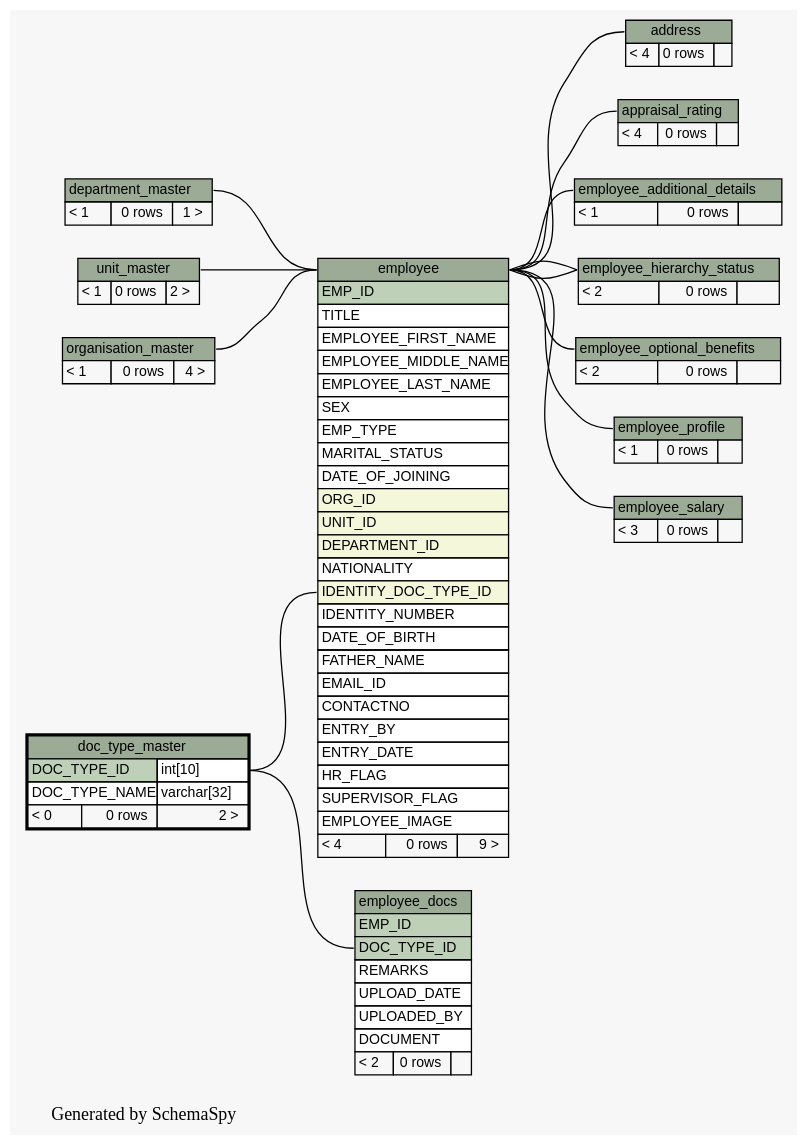
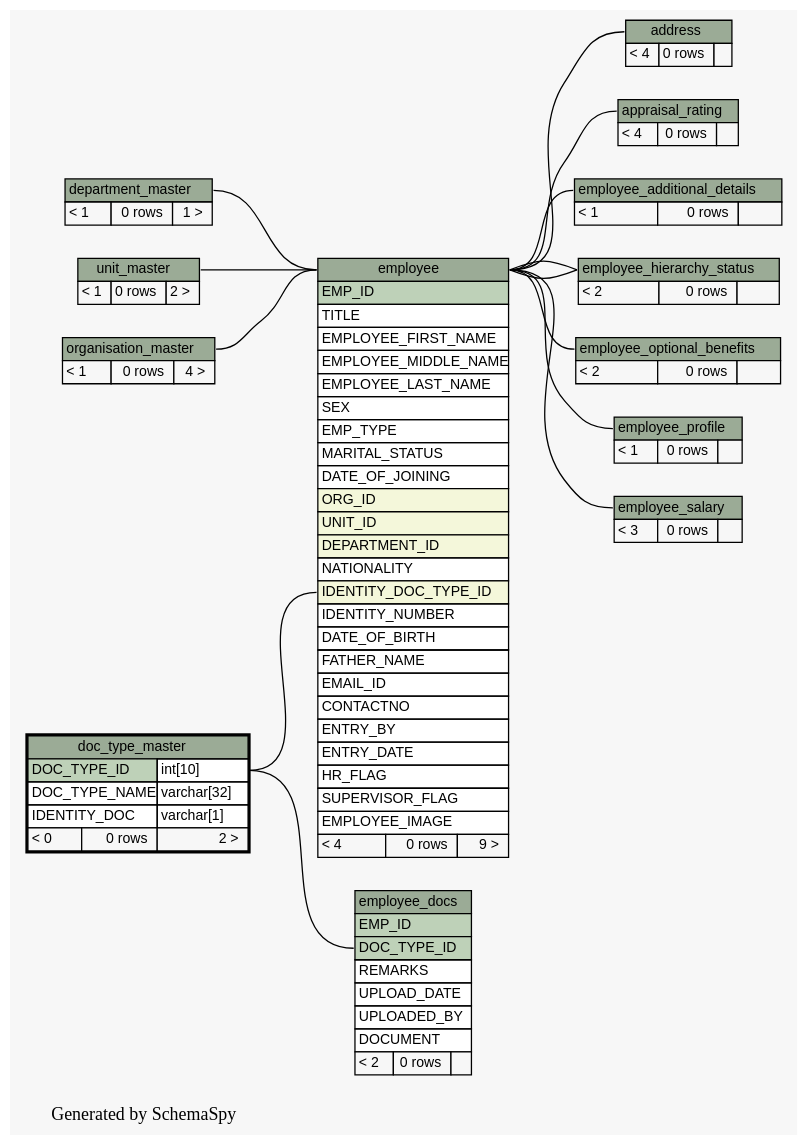
Before and after one commit to engineerscraft/hrms: the diagram in docs/database/schemaspy/graphs/doc_type_master.2degrees.dot, drawn with Graphviz. The commit also changed 81 other files, not shown here.

Commit message:
A new field IDENTITY_DOC is added in DOC_TYPE_MASTER to indicte which document types can be used as identification document

```diff
--- a/docs/database/schemaspy/graphs/doc_type_master.2degrees.dot
+++ b/docs/database/schemaspy/graphs/doc_type_master.2degrees.dot
@@ -1,179 +1,180 @@
 // dot 2.38.0 on Windows 7 6.1
 digraph "twoDegreesRelationshipsGraph" {
   graph [
     rankdir="RL"
     bgcolor="#f7f7f7"
     label="\nGenerated by SchemaSpy"
     labeljust="l"
   ];
   node [
     fontname="Helvetica"
     fontsize="11"
     shape="plaintext"
   ];
   edge [
     arrowsize="0.8"
   ];
   "address":"address.heading":w -> "employee":"employee.heading":e [arrowtail=tee arrowhead=none];
   "appraisal_rating":"appraisal_rating.heading":w -> "employee":"employee.heading":e [arrowtail=crowtee arrowhead=none];
   "employee":"employee.heading":w -> "department_master":"department_master.heading":e [arrowtail=crowodot arrowhead=none];
   "employee":"IDENTITY_DOC_TYPE_ID":w -> "doc_type_master":"DOC_TYPE_ID.type":e [arrowtail=crowodot arrowhead=none];
   "employee":"employee.heading":w -> "organisation_master":"organisation_master.heading":e [arrowtail=crowodot arrowhead=none];
   "employee":"employee.heading":w -> "unit_master":"unit_master.heading":e [arrowtail=crowodot arrowhead=none];
   "employee_additional_details":"employee_additional_details.heading":w -> "employee":"employee.heading":e [arrowtail=tee arrowhead=none];
   "employee_docs":"DOC_TYPE_ID":w -> "doc_type_master":"DOC_TYPE_ID.type":e [arrowtail=crowtee arrowhead=none];
   "employee_hierarchy_status":"employee_hierarchy_status.heading":w -> "employee":"employee.heading":e [arrowtail=tee arrowhead=none];
   "employee_hierarchy_status":"employee_hierarchy_status.heading":w -> "employee":"employee.heading":e [arrowtail=crowodot arrowhead=none];
   "employee_optional_benefits":"employee_optional_benefits.heading":w -> "employee":"employee.heading":e [arrowtail=crowodot arrowhead=none];
   "employee_profile":"employee_profile.heading":w -> "employee":"employee.heading":e [arrowtail=tee arrowhead=none];
   "employee_salary":"employee_salary.heading":w -> "employee":"employee.heading":e [arrowtail=crowtee arrowhead=none];
   "address" [
     label=<
     <TABLE BORDER="0" CELLBORDER="1" CELLSPACING="0" BGCOLOR="#ffffff">
       <TR><TD PORT="address.heading" COLSPAN="3" BGCOLOR="#9bab96" ALIGN="CENTER">address</TD></TR>
       <TR><TD ALIGN="LEFT" BGCOLOR="#f7f7f7">&lt; 4</TD><TD ALIGN="RIGHT" BGCOLOR="#f7f7f7">0 rows</TD><TD ALIGN="RIGHT" BGCOLOR="#f7f7f7">  </TD></TR>
     </TABLE>>
     URL="address.html#graph"
     tooltip="address"
   ];
   "appraisal_rating" [
     label=<
     <TABLE BORDER="0" CELLBORDER="1" CELLSPACING="0" BGCOLOR="#ffffff">
       <TR><TD PORT="appraisal_rating.heading" COLSPAN="3" BGCOLOR="#9bab96" ALIGN="CENTER">appraisal_rating</TD></TR>
       <TR><TD ALIGN="LEFT" BGCOLOR="#f7f7f7">&lt; 4</TD><TD ALIGN="RIGHT" BGCOLOR="#f7f7f7">0 rows</TD><TD ALIGN="RIGHT" BGCOLOR="#f7f7f7">  </TD></TR>
     </TABLE>>
     URL="appraisal_rating.html#graph"
     tooltip="appraisal_rating"
   ];
   "department_master" [
     label=<
     <TABLE BORDER="0" CELLBORDER="1" CELLSPACING="0" BGCOLOR="#ffffff">
       <TR><TD PORT="department_master.heading" COLSPAN="3" BGCOLOR="#9bab96" ALIGN="CENTER">department_master</TD></TR>
       <TR><TD ALIGN="LEFT" BGCOLOR="#f7f7f7">&lt; 1</TD><TD ALIGN="RIGHT" BGCOLOR="#f7f7f7">0 rows</TD><TD ALIGN="RIGHT" BGCOLOR="#f7f7f7">1 &gt;</TD></TR>
     </TABLE>>
     URL="department_master.html#graph"
     tooltip="department_master"
   ];
   "doc_type_master" [
     label=<
     <TABLE BORDER="2" CELLBORDER="1" CELLSPACING="0" BGCOLOR="#ffffff">
       <TR><TD PORT="doc_type_master.heading" COLSPAN="3" BGCOLOR="#9bab96" ALIGN="CENTER">doc_type_master</TD></TR>
       <TR><TD PORT="DOC_TYPE_ID" COLSPAN="2" BGCOLOR="#bed1b8" ALIGN="LEFT">DOC_TYPE_ID</TD><TD PORT="DOC_TYPE_ID.type" ALIGN="LEFT">int[10]</TD></TR>
       <TR><TD PORT="DOC_TYPE_NAME" COLSPAN="2" ALIGN="LEFT">DOC_TYPE_NAME</TD><TD PORT="DOC_TYPE_NAME.type" ALIGN="LEFT">varchar[32]</TD></TR>
+      <TR><TD PORT="IDENTITY_DOC" COLSPAN="2" ALIGN="LEFT">IDENTITY_DOC</TD><TD PORT="IDENTITY_DOC.type" ALIGN="LEFT">varchar[1]</TD></TR>
       <TR><TD ALIGN="LEFT" BGCOLOR="#f7f7f7">&lt; 0</TD><TD ALIGN="RIGHT" BGCOLOR="#f7f7f7">0 rows</TD><TD ALIGN="RIGHT" BGCOLOR="#f7f7f7">2 &gt;</TD></TR>
     </TABLE>>
     URL="doc_type_master.html#"
     tooltip="doc_type_master"
   ];
   "employee" [
     label=<
     <TABLE BORDER="0" CELLBORDER="1" CELLSPACING="0" BGCOLOR="#ffffff">
       <TR><TD PORT="employee.heading" COLSPAN="3" BGCOLOR="#9bab96" ALIGN="CENTER">employee</TD></TR>
       <TR><TD PORT="EMP_ID" COLSPAN="3" BGCOLOR="#bed1b8" ALIGN="LEFT">EMP_ID</TD></TR>
       <TR><TD PORT="TITLE" COLSPAN="3" ALIGN="LEFT">TITLE</TD></TR>
       <TR><TD PORT="EMPLOYEE_FIRST_NAME" COLSPAN="3" ALIGN="LEFT">EMPLOYEE_FIRST_NAME</TD></TR>
       <TR><TD PORT="EMPLOYEE_MIDDLE_NAME" COLSPAN="3" ALIGN="LEFT">EMPLOYEE_MIDDLE_NAME</TD></TR>
       <TR><TD PORT="EMPLOYEE_LAST_NAME" COLSPAN="3" ALIGN="LEFT">EMPLOYEE_LAST_NAME</TD></TR>
       <TR><TD PORT="SEX" COLSPAN="3" ALIGN="LEFT">SEX</TD></TR>
       <TR><TD PORT="EMP_TYPE" COLSPAN="3" ALIGN="LEFT">EMP_TYPE</TD></TR>
       <TR><TD PORT="MARITAL_STATUS" COLSPAN="3" ALIGN="LEFT">MARITAL_STATUS</TD></TR>
       <TR><TD PORT="DATE_OF_JOINING" COLSPAN="3" ALIGN="LEFT">DATE_OF_JOINING</TD></TR>
       <TR><TD PORT="ORG_ID" COLSPAN="3" BGCOLOR="#f4f7da" ALIGN="LEFT">ORG_ID</TD></TR>
       <TR><TD PORT="UNIT_ID" COLSPAN="3" BGCOLOR="#f4f7da" ALIGN="LEFT">UNIT_ID</TD></TR>
       <TR><TD PORT="DEPARTMENT_ID" COLSPAN="3" BGCOLOR="#f4f7da" ALIGN="LEFT">DEPARTMENT_ID</TD></TR>
       <TR><TD PORT="NATIONALITY" COLSPAN="3" ALIGN="LEFT">NATIONALITY</TD></TR>
       <TR><TD PORT="IDENTITY_DOC_TYPE_ID" COLSPAN="3" BGCOLOR="#f4f7da" ALIGN="LEFT">IDENTITY_DOC_TYPE_ID</TD></TR>
       <TR><TD PORT="IDENTITY_NUMBER" COLSPAN="3" ALIGN="LEFT">IDENTITY_NUMBER</TD></TR>
       <TR><TD PORT="DATE_OF_BIRTH" COLSPAN="3" ALIGN="LEFT">DATE_OF_BIRTH</TD></TR>
       <TR><TD PORT="FATHER_NAME" COLSPAN="3" ALIGN="LEFT">FATHER_NAME</TD></TR>
       <TR><TD PORT="EMAIL_ID" COLSPAN="3" ALIGN="LEFT">EMAIL_ID</TD></TR>
       <TR><TD PORT="CONTACTNO" COLSPAN="3" ALIGN="LEFT">CONTACTNO</TD></TR>
       <TR><TD PORT="ENTRY_BY" COLSPAN="3" ALIGN="LEFT">ENTRY_BY</TD></TR>
       <TR><TD PORT="ENTRY_DATE" COLSPAN="3" ALIGN="LEFT">ENTRY_DATE</TD></TR>
       <TR><TD PORT="HR_FLAG" COLSPAN="3" ALIGN="LEFT">HR_FLAG</TD></TR>
       <TR><TD PORT="SUPERVISOR_FLAG" COLSPAN="3" ALIGN="LEFT">SUPERVISOR_FLAG</TD></TR>
       <TR><TD PORT="EMPLOYEE_IMAGE" COLSPAN="3" ALIGN="LEFT">EMPLOYEE_IMAGE</TD></TR>
       <TR><TD ALIGN="LEFT" BGCOLOR="#f7f7f7">&lt; 4</TD><TD ALIGN="RIGHT" BGCOLOR="#f7f7f7">0 rows</TD><TD ALIGN="RIGHT" BGCOLOR="#f7f7f7">9 &gt;</TD></TR>
     </TABLE>>
     URL="employee.html#graph"
     tooltip="employee"
   ];
   "employee_additional_details" [
     label=<
     <TABLE BORDER="0" CELLBORDER="1" CELLSPACING="0" BGCOLOR="#ffffff">
       <TR><TD PORT="employee_additional_details.heading" COLSPAN="3" BGCOLOR="#9bab96" ALIGN="CENTER">employee_additional_details</TD></TR>
       <TR><TD ALIGN="LEFT" BGCOLOR="#f7f7f7">&lt; 1</TD><TD ALIGN="RIGHT" BGCOLOR="#f7f7f7">0 rows</TD><TD ALIGN="RIGHT" BGCOLOR="#f7f7f7">  </TD></TR>
     </TABLE>>
     URL="employee_additional_details.html#graph"
     tooltip="employee_additional_details"
   ];
   "employee_docs" [
     label=<
     <TABLE BORDER="0" CELLBORDER="1" CELLSPACING="0" BGCOLOR="#ffffff">
       <TR><TD PORT="employee_docs.heading" COLSPAN="3" BGCOLOR="#9bab96" ALIGN="CENTER">employee_docs</TD></TR>
       <TR><TD PORT="EMP_ID" COLSPAN="3" BGCOLOR="#bed1b8" ALIGN="LEFT">EMP_ID</TD></TR>
       <TR><TD PORT="DOC_TYPE_ID" COLSPAN="3" BGCOLOR="#bed1b8" ALIGN="LEFT">DOC_TYPE_ID</TD></TR>
       <TR><TD PORT="REMARKS" COLSPAN="3" ALIGN="LEFT">REMARKS</TD></TR>
       <TR><TD PORT="UPLOAD_DATE" COLSPAN="3" ALIGN="LEFT">UPLOAD_DATE</TD></TR>
       <TR><TD PORT="UPLOADED_BY" COLSPAN="3" ALIGN="LEFT">UPLOADED_BY</TD></TR>
       <TR><TD PORT="DOCUMENT" COLSPAN="3" ALIGN="LEFT">DOCUMENT</TD></TR>
       <TR><TD ALIGN="LEFT" BGCOLOR="#f7f7f7">&lt; 2</TD><TD ALIGN="RIGHT" BGCOLOR="#f7f7f7">0 rows</TD><TD ALIGN="RIGHT" BGCOLOR="#f7f7f7">  </TD></TR>
     </TABLE>>
     URL="employee_docs.html#graph"
     tooltip="employee_docs"
   ];
   "employee_hierarchy_status" [
     label=<
     <TABLE BORDER="0" CELLBORDER="1" CELLSPACING="0" BGCOLOR="#ffffff">
       <TR><TD PORT="employee_hierarchy_status.heading" COLSPAN="3" BGCOLOR="#9bab96" ALIGN="CENTER">employee_hierarchy_status</TD></TR>
       <TR><TD ALIGN="LEFT" BGCOLOR="#f7f7f7">&lt; 2</TD><TD ALIGN="RIGHT" BGCOLOR="#f7f7f7">0 rows</TD><TD ALIGN="RIGHT" BGCOLOR="#f7f7f7">  </TD></TR>
     </TABLE>>
     URL="employee_hierarchy_status.html#graph"
     tooltip="employee_hierarchy_status"
   ];
   "employee_optional_benefits" [
     label=<
     <TABLE BORDER="0" CELLBORDER="1" CELLSPACING="0" BGCOLOR="#ffffff">
       <TR><TD PORT="employee_optional_benefits.heading" COLSPAN="3" BGCOLOR="#9bab96" ALIGN="CENTER">employee_optional_benefits</TD></TR>
       <TR><TD ALIGN="LEFT" BGCOLOR="#f7f7f7">&lt; 2</TD><TD ALIGN="RIGHT" BGCOLOR="#f7f7f7">0 rows</TD><TD ALIGN="RIGHT" BGCOLOR="#f7f7f7">  </TD></TR>
     </TABLE>>
     URL="employee_optional_benefits.html#graph"
     tooltip="employee_optional_benefits"
   ];
   "employee_profile" [
     label=<
     <TABLE BORDER="0" CELLBORDER="1" CELLSPACING="0" BGCOLOR="#ffffff">
       <TR><TD PORT="employee_profile.heading" COLSPAN="3" BGCOLOR="#9bab96" ALIGN="CENTER">employee_profile</TD></TR>
       <TR><TD ALIGN="LEFT" BGCOLOR="#f7f7f7">&lt; 1</TD><TD ALIGN="RIGHT" BGCOLOR="#f7f7f7">0 rows</TD><TD ALIGN="RIGHT" BGCOLOR="#f7f7f7">  </TD></TR>
     </TABLE>>
     URL="employee_profile.html#graph"
     tooltip="employee_profile"
   ];
   "employee_salary" [
     label=<
     <TABLE BORDER="0" CELLBORDER="1" CELLSPACING="0" BGCOLOR="#ffffff">
       <TR><TD PORT="employee_salary.heading" COLSPAN="3" BGCOLOR="#9bab96" ALIGN="CENTER">employee_salary</TD></TR>
       <TR><TD ALIGN="LEFT" BGCOLOR="#f7f7f7">&lt; 3</TD><TD ALIGN="RIGHT" BGCOLOR="#f7f7f7">0 rows</TD><TD ALIGN="RIGHT" BGCOLOR="#f7f7f7">  </TD></TR>
     </TABLE>>
     URL="employee_salary.html#graph"
     tooltip="employee_salary"
   ];
   "organisation_master" [
     label=<
     <TABLE BORDER="0" CELLBORDER="1" CELLSPACING="0" BGCOLOR="#ffffff">
       <TR><TD PORT="organisation_master.heading" COLSPAN="3" BGCOLOR="#9bab96" ALIGN="CENTER">organisation_master</TD></TR>
       <TR><TD ALIGN="LEFT" BGCOLOR="#f7f7f7">&lt; 1</TD><TD ALIGN="RIGHT" BGCOLOR="#f7f7f7">0 rows</TD><TD ALIGN="RIGHT" BGCOLOR="#f7f7f7">4 &gt;</TD></TR>
     </TABLE>>
     URL="organisation_master.html#graph"
     tooltip="organisation_master"
   ];
   "unit_master" [
     label=<
     <TABLE BORDER="0" CELLBORDER="1" CELLSPACING="0" BGCOLOR="#ffffff">
       <TR><TD PORT="unit_master.heading" COLSPAN="3" BGCOLOR="#9bab96" ALIGN="CENTER">unit_master</TD></TR>
       <TR><TD ALIGN="LEFT" BGCOLOR="#f7f7f7">&lt; 1</TD><TD ALIGN="RIGHT" BGCOLOR="#f7f7f7">0 rows</TD><TD ALIGN="RIGHT" BGCOLOR="#f7f7f7">2 &gt;</TD></TR>
     </TABLE>>
     URL="unit_master.html#graph"
     tooltip="unit_master"
   ];
 }
```
